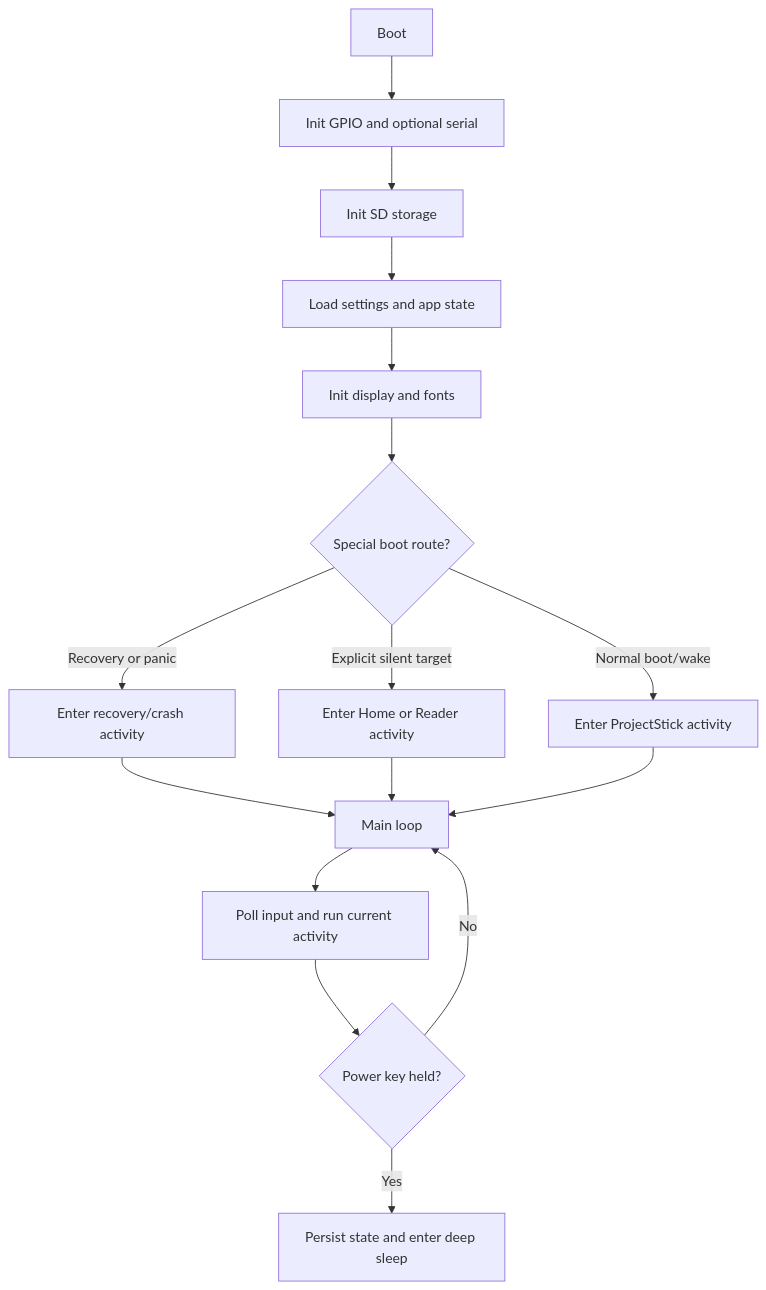
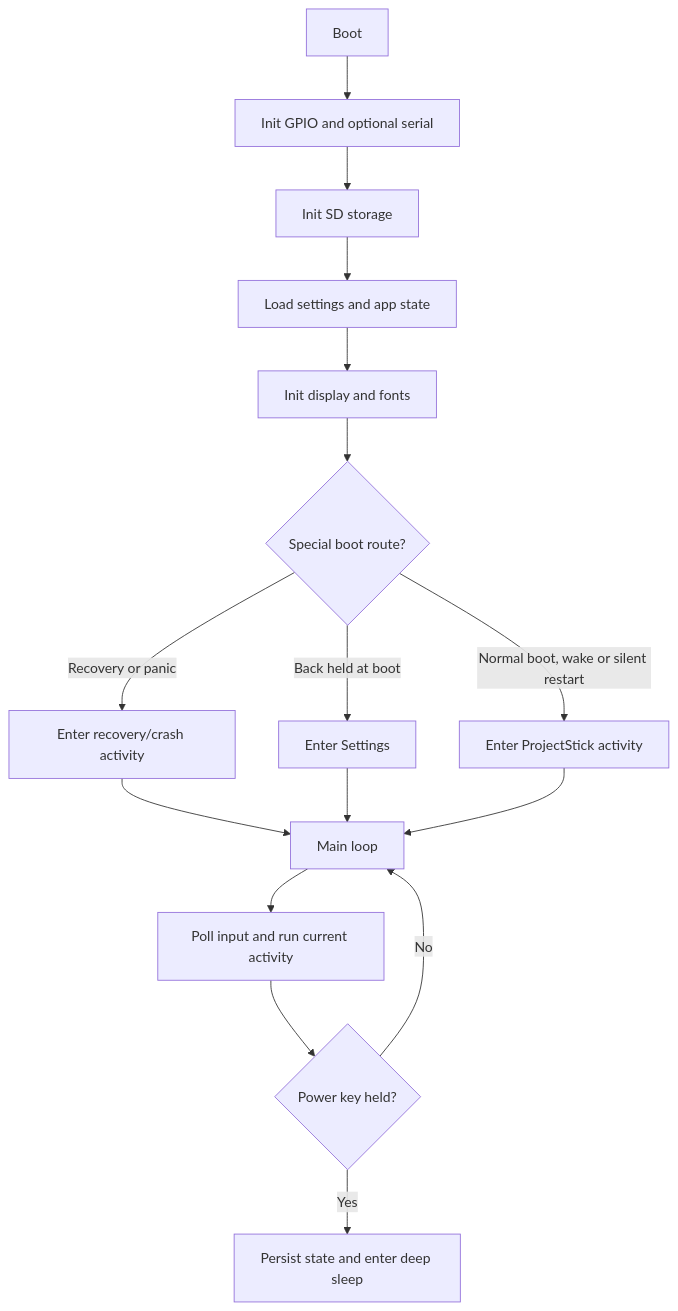
Before and after one commit to PlutoKeating/crosspoint-reader: the second of 4 diagrams in docs/contributing/architecture.md, drawn with Mermaid. The commit also changed other lines of this file and 14 other files, not shown here.

````diff
--- a/docs/contributing/architecture.md
+++ b/docs/contributing/architecture.md
@@ -29,18 +29,18 @@
 ```mermaid
 flowchart TD
     A[Boot] --> B[Init GPIO and optional serial]
     B --> C[Init SD storage]
     C --> D[Load settings and app state]
     D --> E[Init display and fonts]
     E --> F{Special boot route?}
     F -->|Recovery or panic| G[Enter recovery/crash activity]
-    F -->|Explicit silent target| H[Enter Home or Reader activity]
-    F -->|Normal boot/wake| P[Enter ProjectStick activity]
+    F -->|Back held at boot| H[Enter Settings]
+    F -->|Normal boot, wake or silent restart| P[Enter ProjectStick activity]
     G --> I[Main loop]
     H --> I
     P --> I
     I --> J[Poll input and run current activity]
     J --> K{Power key held?}
     K -->|No| I
     K -->|Yes| L[Persist state and enter deep sleep]
 ```
````
